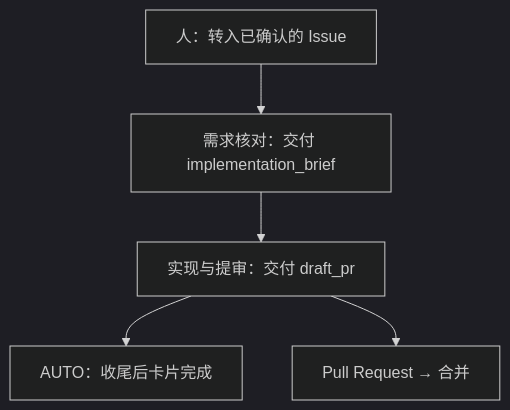
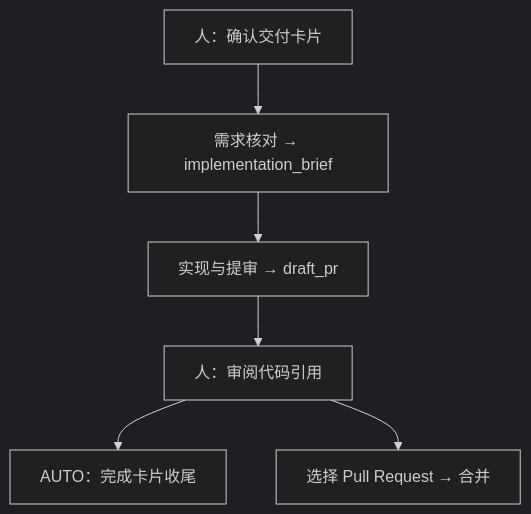
The diagram in src/content/docs/zh-cn/software-factory/card-to-pr.md (WeiJiLab/aiworkforce-docs), drawn with Mermaid (dark theme) before and after one commit. The commit also changed other lines of this file and 12 other files, not shown here.

````diff
--- a/src/content/docs/zh-cn/software-factory/card-to-pr.md
+++ b/src/content/docs/zh-cn/software-factory/card-to-pr.md
@@ -17,9 +17,10 @@
 ```mermaid
 flowchart TD
-    ticket["人：转入已确认的 Issue"] --> brief["需求核对：交付 implementation_brief"]
-    brief --> author["实现与提审：交付 draft_pr"]
-    author --> done["AUTO：收尾后卡片完成"]
-    author --> next["Pull Request → 合并"]
-    class ticket human
+    card["人：确认交付卡片"] --> brief["需求核对 → implementation_brief"]
+    brief --> author["实现与提审 → draft_pr"]
+    author --> review["人：审阅代码引用"]
+    review --> done["AUTO：完成卡片收尾"]
+    review --> next["选择 Pull Request → 合并"]
+    class card,review human
     class brief,author,done agent
 ```
````
